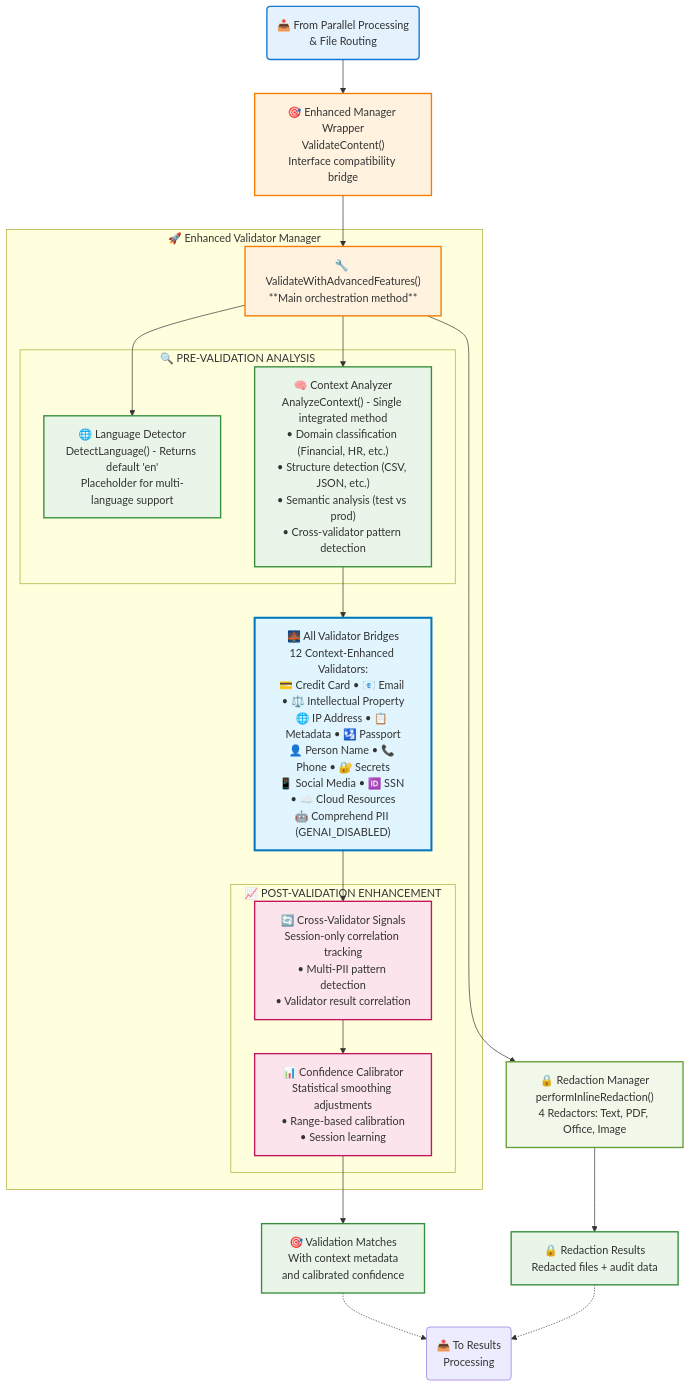
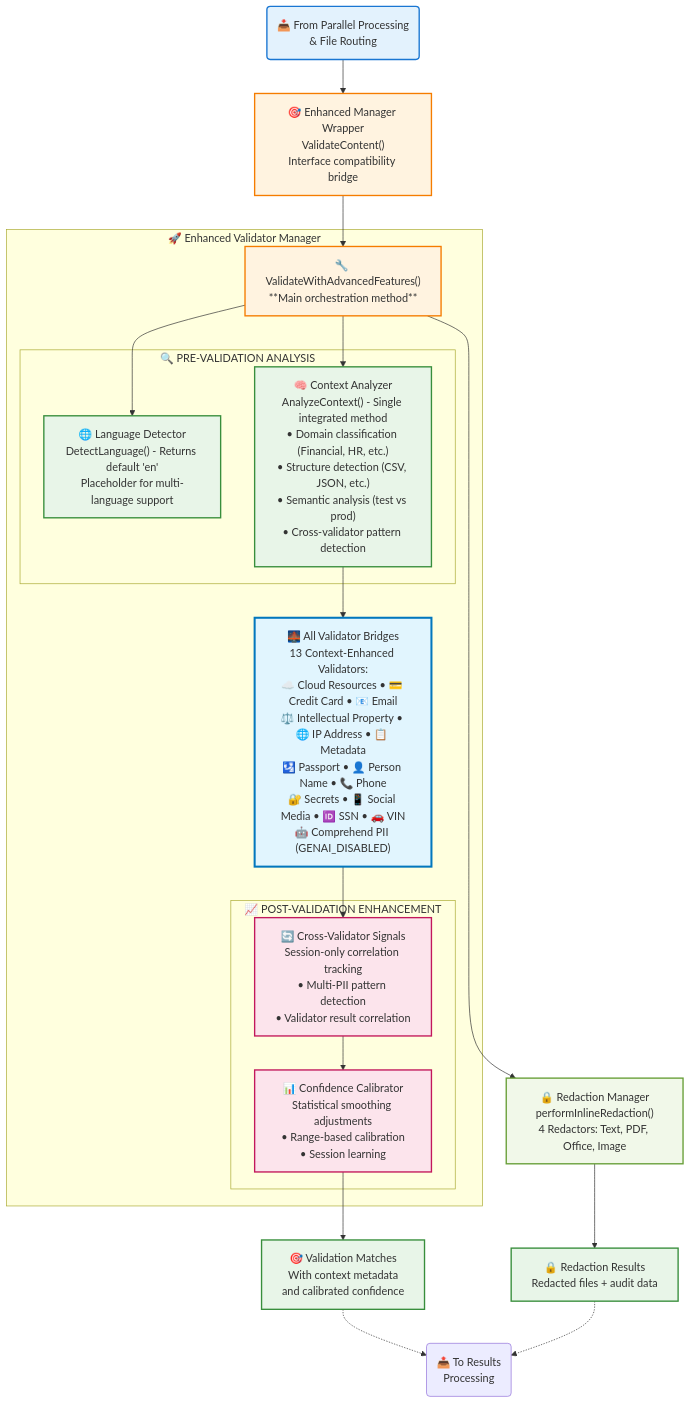
One commit to awslabs/ferret-scan changed the fourth of 8 diagrams in docs/architecture-diagram.md. Above: the diagram before and after it, drawn with Mermaid. The commit also changed other lines of this file and 11 other files, not shown here.

````diff
--- a/docs/architecture-diagram.md
+++ b/docs/architecture-diagram.md
@@ -215,73 +215,73 @@
 ```mermaid
 flowchart TD
     %% Input from previous stage
     ContentInput("📥 From Parallel Processing<br/>& File Routing")
 
     %% Validation Pipeline
     EnhancedWrapper["🎯 Enhanced Manager Wrapper<br/>ValidateContent()<br/>Interface compatibility bridge"]
 
     subgraph EnhancedManager["🚀 Enhanced Validator Manager"]
         ValidateMethod["🔧 ValidateWithAdvancedFeatures()<br/>**Main orchestration method**"]
 
         %% PRE-VALIDATION: Context Analysis
         subgraph PreValidation["🔍 PRE-VALIDATION ANALYSIS"]
             LanguageDetector["🌐 Language Detector<br/>DetectLanguage() - Returns default 'en'<br/>Placeholder for multi-language support"]
             ContextAnalyzer["🧠 Context Analyzer<br/>AnalyzeContext() - Single integrated method<br/>• Domain classification (Financial, HR, etc.)<br/>• Structure detection (CSV, JSON, etc.)<br/>• Semantic analysis (test vs prod)<br/>• Cross-validator pattern detection"]
         end
 
         %% VALIDATION: Enhanced Validators
-        ValidatorBridges["🌉 All Validator Bridges<br/>12 Context-Enhanced Validators:<br/>💳 Credit Card • 📧 Email • ⚖️ Intellectual Property<br/>🌐 IP Address • 📋 Metadata • 🛂 Passport<br/>👤 Person Name • 📞 Phone • 🔐 Secrets<br/>📱 Social Media • 🆔 SSN • ☁️ Cloud Resources<br/>🤖 Comprehend PII (GENAI_DISABLED)"]
+        ValidatorBridges["🌉 All Validator Bridges<br/>13 Context-Enhanced Validators:<br/>☁️ Cloud Resources • 💳 Credit Card • 📧 Email<br/>⚖️ Intellectual Property • 🌐 IP Address • 📋 Metadata<br/>🛂 Passport • 👤 Person Name • 📞 Phone<br/>🔐 Secrets • 📱 Social Media • 🆔 SSN • 🚗 VIN<br/>🤖 Comprehend PII (GENAI_DISABLED)"]
 
         %% POST-VALIDATION: Result Enhancement
         subgraph PostValidation["📈 POST-VALIDATION ENHANCEMENT"]
             CrossValidatorProcessor["🔄 Cross-Validator Signals<br/>Session-only correlation tracking<br/>• Multi-PII pattern detection<br/>• Validator result correlation"]
             ConfidenceCalibrator["📊 Confidence Calibrator<br/>Statistical smoothing adjustments<br/>• Range-based calibration<br/>• Session learning"]
         end
     end
 
     %% Inline Redaction (happens during worker processing)
     RedactionManager["🔒 Redaction Manager<br/>performInlineRedaction()<br/>4 Redactors: Text, PDF, Office, Image"]
 
     %% Output
     ValidationMatches["🎯 Validation Matches<br/>With context metadata<br/>and calibrated confidence"]
     RedactionResults["🔒 Redaction Results<br/>Redacted files + audit data"]
 
     %% Flow - Sequential Processing
     ContentInput --> EnhancedWrapper
     EnhancedWrapper --> ValidateMethod
 
     %% SEQUENTIAL FLOW: Pre → Validation → Post
     ValidateMethod --> LanguageDetector
     ValidateMethod --> ContextAnalyzer
     ContextAnalyzer --> ValidatorBridges
     ValidatorBridges --> CrossValidatorProcessor
     CrossValidatorProcessor --> ConfidenceCalibrator
 
     %% Inline redaction using same extracted content
     ValidateMethod --> RedactionManager
 
     %% Outputs
     ConfidenceCalibrator --> ValidationMatches
     RedactionManager --> RedactionResults
 
     %% Output to next stage
     ValidationMatches -.-> ResultsProcessing("📤 To Results<br/>Processing")
     RedactionResults -.-> ResultsProcessing
 
     %% Styling
     classDef input fill:#e3f2fd,stroke:#1976d2,stroke-width:2px
     classDef validation fill:#fff3e0,stroke:#f57c00,stroke-width:2px
     classDef prevalidation fill:#e8f5e8,stroke:#388e3c,stroke-width:2px
     classDef postvalidation fill:#fce4ec,stroke:#c2185b,stroke-width:2px
     classDef aggregated fill:#e1f5fe,stroke:#0277bd,stroke-width:3px
     classDef redaction fill:#f1f8e9,stroke:#689f38,stroke-width:2px
     classDef output fill:#e8f5e8,stroke:#388e3c,stroke-width:2px
 
     class ContentInput input
     class EnhancedWrapper,ValidateMethod validation
     class LanguageDetector,ContextAnalyzer prevalidation
     class CrossValidatorProcessor,ConfidenceCalibrator postvalidation
     class ValidatorBridges aggregated
     class RedactionManager redaction
     class ValidationMatches,RedactionResults output
 ```
````
